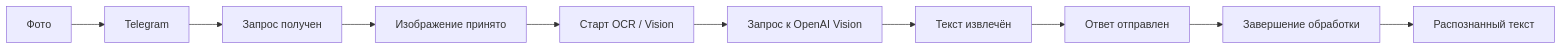
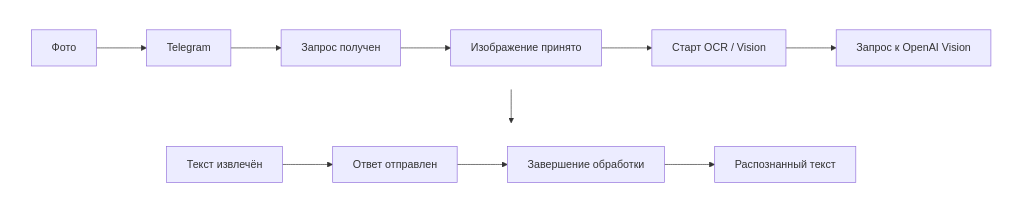
One commit to AlexLvGulyaev/Assistant-Flow changed the third of 4 diagrams in docs/USER_GUIDE.md. Above: the diagram before and after it, drawn with Mermaid. The commit also changed other lines of this file and 7 other files, not shown here.

First line of the commit message:
docs: снять тезис heavy-RAG (прогон 15.09 деградации не показал), hero без подписей, схемы USER_GUIDE в два ряда

````diff
--- a/docs/USER_GUIDE.md
+++ b/docs/USER_GUIDE.md
@@ -81,12 +82,14 @@
 ```mermaid
-flowchart LR
-    U[Фото] --> TG[Telegram]
-    TG --> S1[Запрос получен]
-    S1 --> S2[Изображение принято]
-    S2 --> S3[Старт OCR / Vision]
-    S3 --> S4[Запрос к OpenAI Vision]
-    S4 --> S5[Текст извлечён]
-    S5 --> S6[Ответ отправлен]
-    S6 --> S7[Завершение обработки]
-    S7 --> A[Распознанный текст]
+flowchart TB
+    subgraph r1 [" "]
+        direction LR
+        U[Фото] --> TG[Telegram] --> S1[Запрос получен] --> S2[Изображение принято] --> S3[Старт OCR / Vision] --> S4[Запрос к OpenAI Vision]
+    end
+    subgraph r2 [" "]
+        direction LR
+        S5[Текст извлечён] --> S6[Ответ отправлен] --> S7[Завершение обработки] --> A[Распознанный текст]
+    end
+    S4 --> S5
+    style r1 fill:none,stroke:none
+    style r2 fill:none,stroke:none
 ```
````
